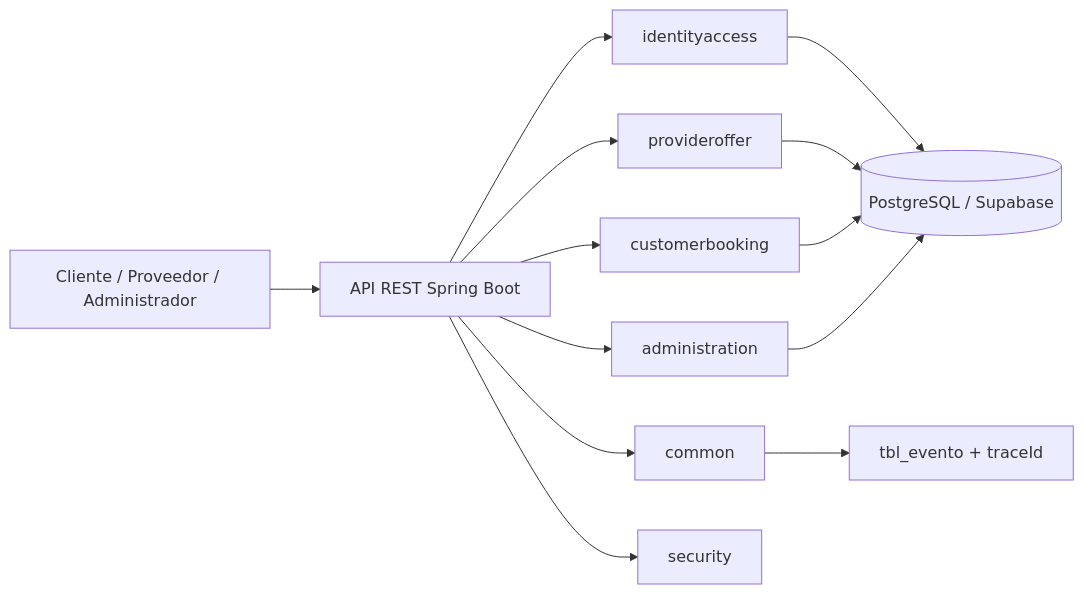
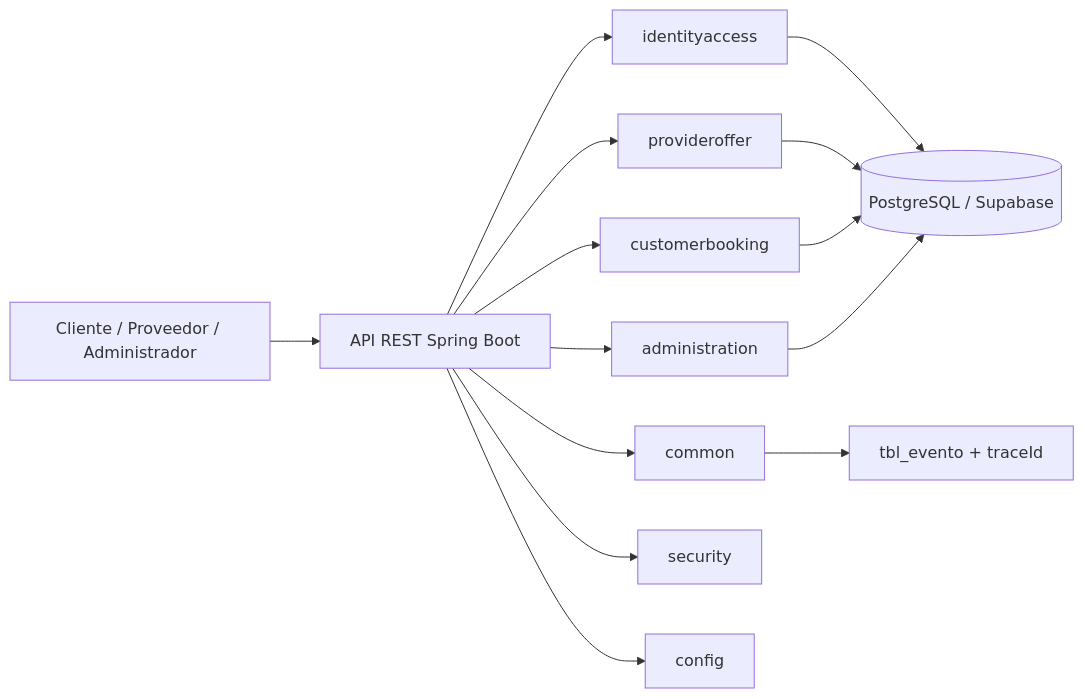
The first of 5 diagrams in README.md (spalacioc05/EAP09-Caso15-ReservasServicios-2026-1), drawn with Mermaid before and after one commit. The commit also changed other lines of this file and 6 other files, not shown here.

````diff
--- a/README.md
+++ b/README.md
@@ -181,15 +162,16 @@
 ```mermaid
 flowchart LR
-    Client[Cliente / Proveedor / Administrador] --> API[API REST Spring Boot]
+    U[Cliente / Proveedor / Administrador] --> API[API REST Spring Boot]
     API --> IA[identityaccess]
     API --> PO[provideroffer]
     API --> CB[customerbooking]
     API --> AD[administration]
     API --> CM[common]
     API --> SE[security]
+    API --> CF[config]
     IA --> DB[(PostgreSQL / Supabase)]
     PO --> DB
     CB --> DB
     AD --> DB
     CM --> EV[tbl_evento + traceId]
 ```
````
